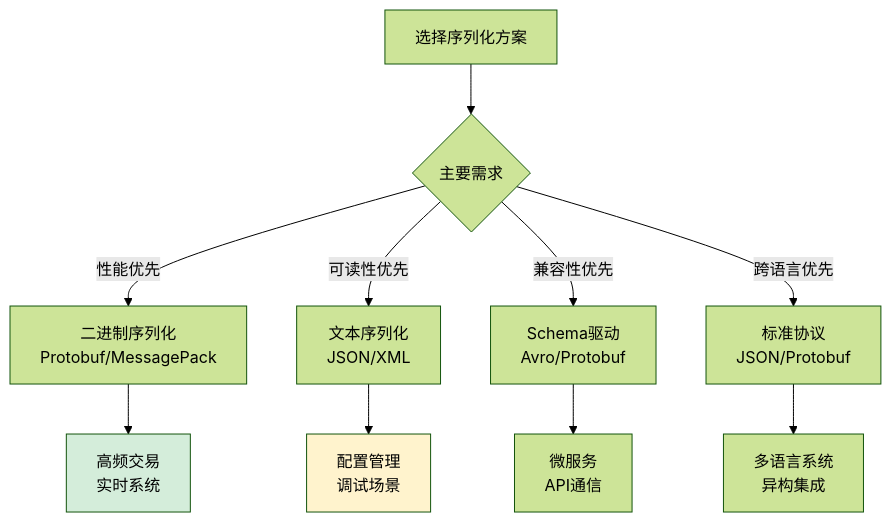
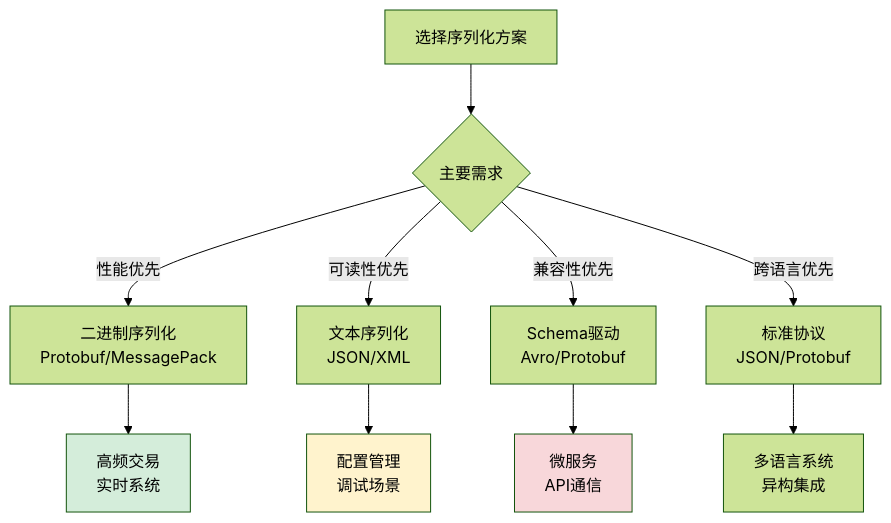
The ninth of 25 diagrams in 00.通用技术的提升/02.程序编程原理/05.序列化数据的思想.md (chongyang211/YCBookBlog), drawn with Mermaid (forest theme) before and after one commit. The commit also changed other lines of this file and 17 other files, not shown here.

````diff
--- a/00.通用技术的提升/02.程序编程原理/05.序列化数据的思想.md
+++ b/00.通用技术的提升/02.程序编程原理/05.序列化数据的思想.md
@@ -416,16 +417,17 @@
 ```mermaid
 flowchart TD
     A[选择序列化方案] --> B{主要需求}
     B -->|性能优先| C[二进制序列化<br/>Protobuf/MessagePack]
     B -->|可读性优先| D[文本序列化<br/>JSON/XML]
     B -->|兼容性优先| E[Schema驱动<br/>Avro/Protobuf]
     B -->|跨语言优先| F[标准协议<br/>JSON/Protobuf]
     
     C --> G[高频交易<br/>实时系统]
     D --> H[配置管理<br/>调试场景]
     E --> I[微服务<br/>API通信]
     F --> J[多语言系统<br/>异构集成]
     
     style G fill:#d4edda
     style H fill:#fff3cd
+    style I fill:#f8d7da
 ```
````
